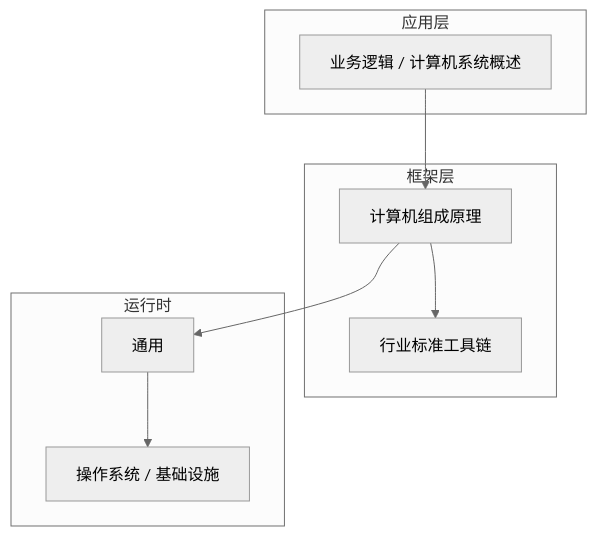
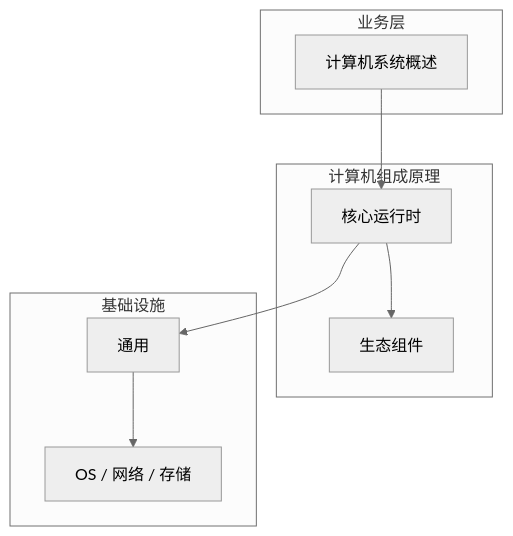
The diagram in articles/计算机组成原理/chapters/001-计算机系统概述核心概念与原理.md (yanggan2015/knowledge-json-v2), drawn with Mermaid (neutral theme) before and after one commit. The commit also changed other lines of this file and 10127 other files, not shown here.

````diff
--- a/articles/计算机组成原理/chapters/001-计算机系统概述核心概念与原理.md
+++ b/articles/计算机组成原理/chapters/001-计算机系统概述核心概念与原理.md
@@ -45,18 +34,18 @@
 ```mermaid
 graph TB
-    subgraph 应用层
-        A[业务逻辑 / 计算机系统概述]
+    subgraph 业务层
+        A[计算机系统概述]
     end
-    subgraph 框架层
-        B[计算机组成原理]
-        C[行业标准工具链]
+    subgraph 计算机组成原理
+        B[核心运行时]
+        C[生态组件]
     end
-    subgraph 运行时
+    subgraph 基础设施
         D[通用]
-        E[操作系统 / 基础设施]
+        E[OS / 网络 / 存储]
     end
     A --> B
     B --> C
     B --> D
     D --> E
 ```
````
